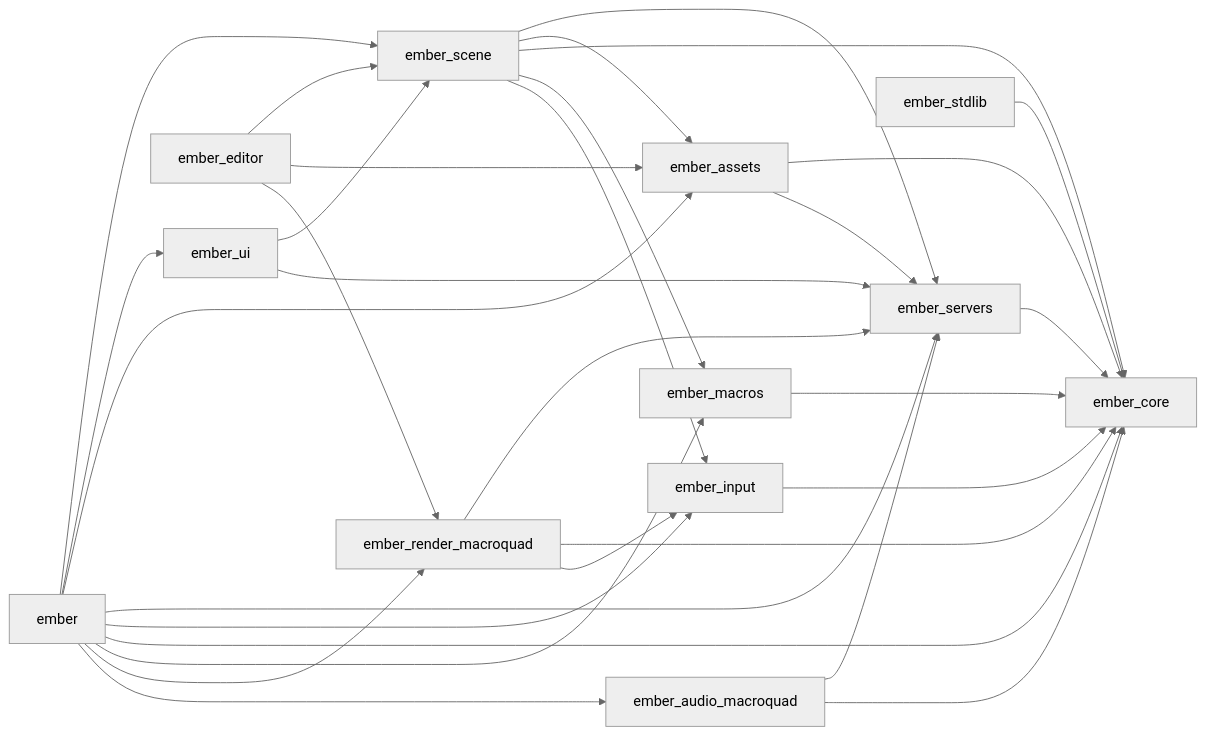
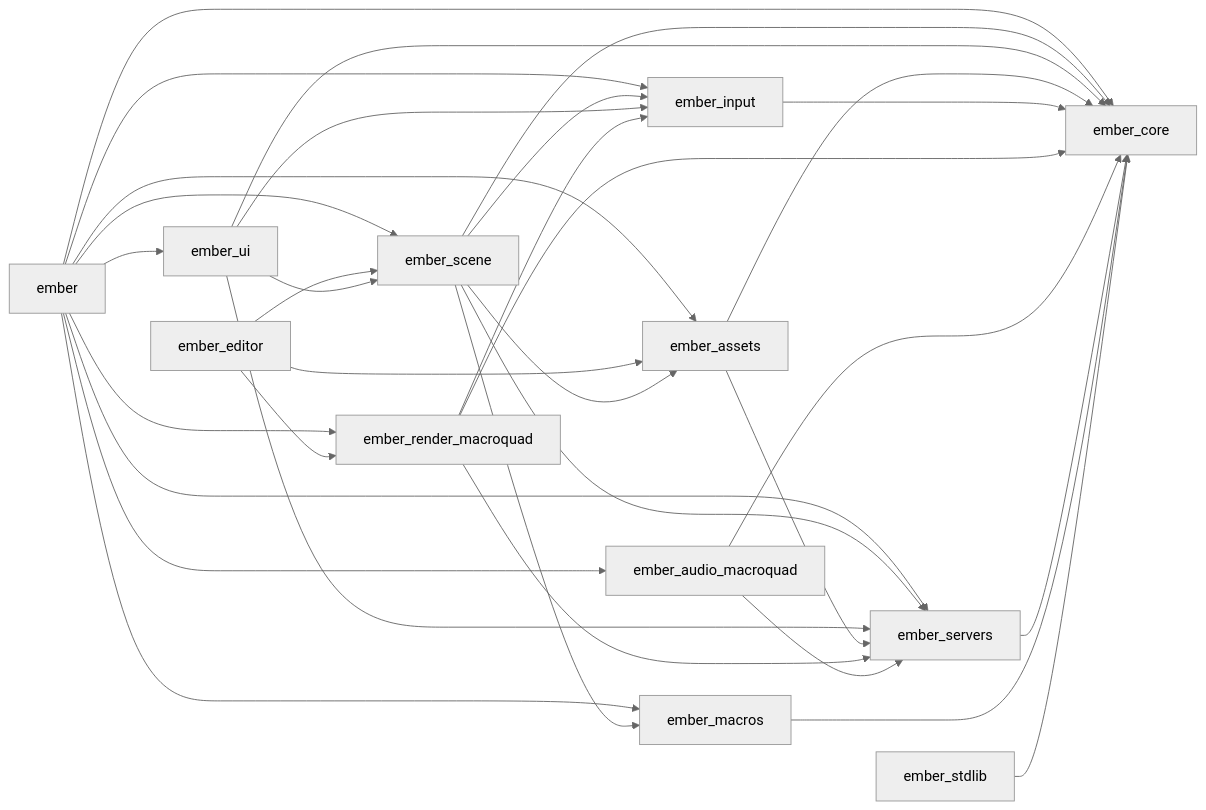
One commit to titouanthd/ember changed the second of 4 diagrams in ember-vault/10 Engine Spec v0.1/01-architecture.md. Above: the diagram before and after it, drawn with Mermaid (neutral theme). The commit also changed 9 other files, not shown here.

First line of the commit message:
doc(vault-roadmap): Review roadmap after Phase 5.1 and record ADR-034

````diff
--- a/ember-vault/10 Engine Spec v0.1/01-architecture.md
+++ b/ember-vault/10 Engine Spec v0.1/01-architecture.md
@@ -117,41 +117,43 @@
 ```mermaid
 flowchart LR
     ember --> ember_scene
     ember --> ember_ui
     ember --> ember_assets
     ember --> ember_servers
     ember --> ember_input
     ember --> ember_core
     ember --> ember_macros
     ember --> ember_render_macroquad
     ember --> ember_audio_macroquad
 
     ember_editor --> ember_scene
     ember_editor --> ember_assets
     ember_editor --> ember_render_macroquad
 
     ember_scene --> ember_servers
     ember_scene --> ember_assets
     ember_scene --> ember_core
     ember_scene --> ember_macros
     ember_scene --> ember_input
 
     ember_ui --> ember_scene
     ember_ui --> ember_servers
+    ember_ui --> ember_input
+    ember_ui --> ember_core
 
     ember_assets --> ember_core
     ember_assets --> ember_servers
 
     ember_input --> ember_core
 
     ember_render_macroquad --> ember_servers
     ember_audio_macroquad --> ember_servers
     ember_render_macroquad --> ember_core
     ember_render_macroquad --> ember_input
     ember_audio_macroquad --> ember_core
 
     ember_servers --> ember_core
     ember_macros --> ember_core
 
     ember_stdlib --> ember_core
 ```
````
